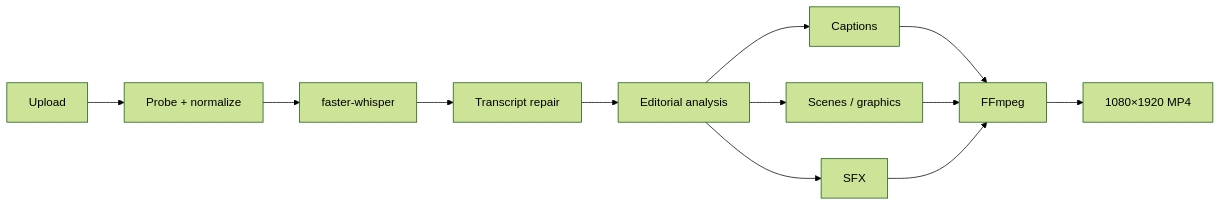
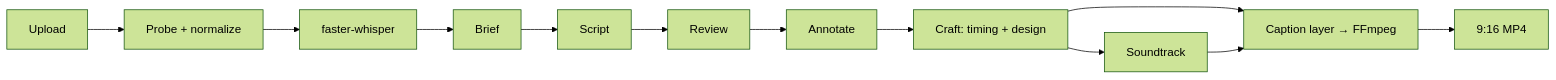
One commit to imrrohitt/Kalki changed the diagram in README.md. Above: the diagram before and after it, drawn with Mermaid (forest theme). The commit also changed other lines of this file and 20 other files, not shown here.

````diff
--- a/README.md
+++ b/README.md
@@ -136,14 +188,14 @@
 ```mermaid
 flowchart LR
   A[Upload] --> B[Probe + normalize]
   B --> C[faster-whisper]
-  C --> D[Transcript repair]
-  D --> E[Editorial analysis]
-  E --> F[Captions]
-  E --> G[Scenes / graphics]
-  E --> H[SFX]
-  F --> I[FFmpeg]
-  G --> I
-  H --> I
-  I --> J["1080×1920 MP4"]
+  C --> D[Brief]
+  D --> E[Script]
+  E --> F[Review]
+  F --> G[Annotate]
+  G --> H[Craft: timing + design]
+  H --> I[Caption layer → FFmpeg]
+  H --> J[Soundtrack]
+  J --> I
+  I --> K["9:16 MP4"]
 ```
````
